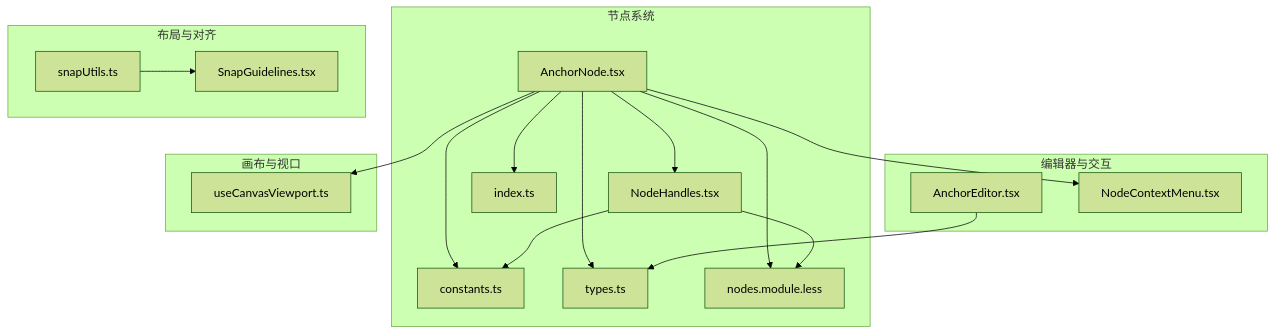
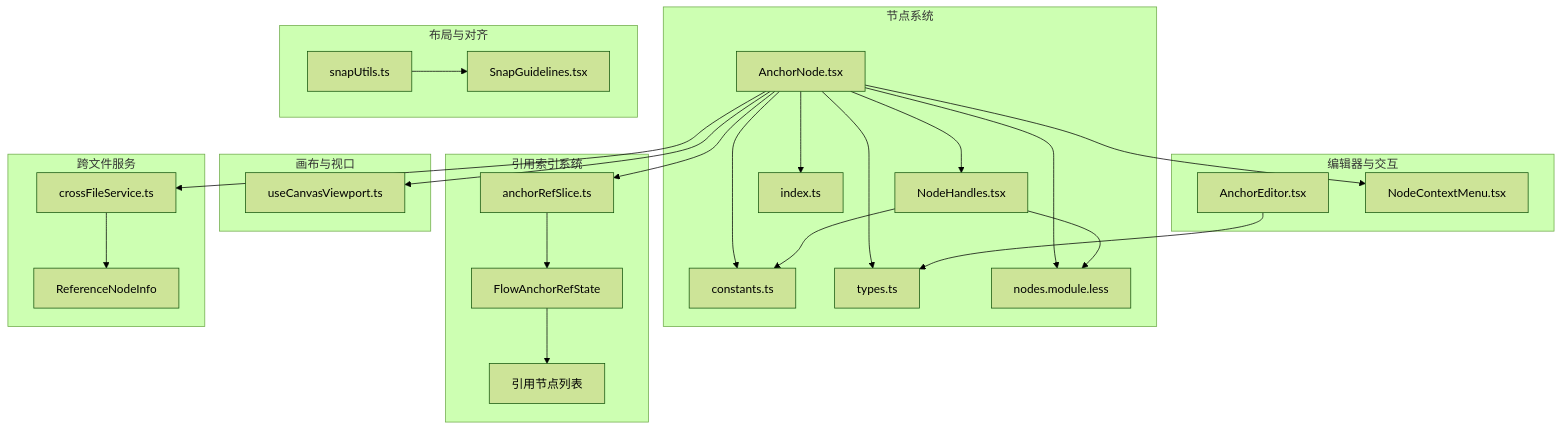
One commit to kqcoxn/MaaPipelineEditor changed the first of 11 diagrams in .qoder/repowiki/zh/content/核心概念/节点系统/Anchor节点.md. Above: the diagram before and after it, drawn with Mermaid (forest theme). The commit also changed other lines of this file and 19 other files, not shown here.

````diff
--- a/.qoder/repowiki/zh/content/核心概念/节点系统/Anchor节点.md
+++ b/.qoder/repowiki/zh/content/核心概念/节点系统/Anchor节点.md
@@ -36,33 +48,47 @@
 ```mermaid
 graph TB
 subgraph "节点系统"
 A["AnchorNode.tsx"]
 B["NodeHandles.tsx"]
 C["constants.ts"]
 D["types.ts"]
 E["index.ts"]
 F["nodes.module.less"]
 end
 subgraph "编辑器与交互"
 G["AnchorEditor.tsx"]
 H["NodeContextMenu.tsx"]
 end
 subgraph "布局与对齐"
 I["snapUtils.ts"]
 J["SnapGuidelines.tsx"]
 end
 subgraph "画布与视口"
 K["useCanvasViewport.ts"]
 end
+subgraph "引用索引系统"
+L["anchorRefSlice.ts"]
+M["FlowAnchorRefState"]
+N["引用节点列表"]
+end
+subgraph "跨文件服务"
+O["crossFileService.ts"]
+P["ReferenceNodeInfo"]
+end
 A --> B
 A --> C
 A --> D
 A --> E
 A --> F
 A --> H
+A --> L
+A --> O
 G --> D
 B --> C
 B --> F
 I --> J
 A --> K
+L --> M
+M --> N
+O --> P
 ```
````
